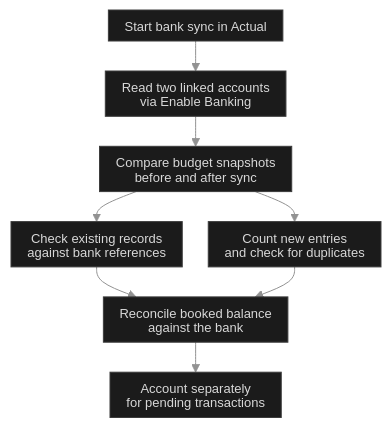
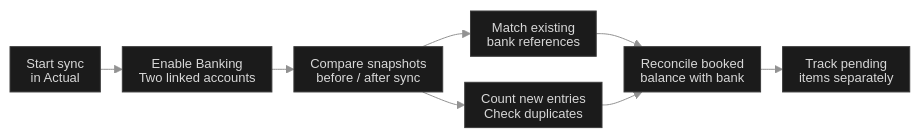
One commit to kazuall/finance-process-portfolio changed the diagram in diagrams/bank-imports.mmd. Above: the diagram before and after it, drawn with Mermaid. The commit also changed 35 other files, not shown here.

```diff
--- a/diagrams/bank-imports.mmd
+++ b/diagrams/bank-imports.mmd
@@ -1,36 +1,36 @@
 ---
 config:
   theme: base
   htmlLabels: false
   themeVariables:
     darkMode: true
     background: '#0a0a0a'
     fontFamily: 'Inter, -apple-system, BlinkMacSystemFont, Segoe UI, sans-serif'
     fontSize: '13px'
     primaryColor: '#1b1b1b'
     primaryTextColor: '#d8d8d8'
     primaryBorderColor: '#3c3c3c'
     lineColor: '#929292'
     edgeLabelBackground: '#0a0a0a'
     textColor: '#d8d8d8'
   flowchart:
     htmlLabels: false
     useMaxWidth: false
     nodeSpacing: 26
-    rankSpacing: 30
+    rankSpacing: 22
     wrappingWidth: 240
     padding: 8
     diagramPadding: 5
     curve: basis
   themeCSS: 'text,tspan{font-family:system-ui,sans-serif!important;font-weight:400!important}.node rect.label-container{rx:3px;ry:3px}.node rect,.node polygon,.flowchart-link{stroke-width:.85px!important}.edgeLabel .labelBkg{fill:#0a0a0a!important;opacity:1!important}.edgeLabel text{fill:#bebebe!important}'
 ---
-flowchart TB
+flowchart LR
   accTitle: Bank sync and reconciliation
   accDescr: Actual Budget reads two linked accounts through Enable Banking. I compare budget snapshots to check matched and new entries, then reconcile the booked balance separately from pending amounts.
-  start["Start bank sync in Actual"] --> feed["Read two linked accounts<br/>via Enable Banking"]
-  feed --> audit["Compare budget snapshots<br/>before and after sync"]
-  audit --> existing["Check existing records<br/>against bank references"]
-  audit --> added["Count new entries<br/>and check for duplicates"]
-  existing --> balance["Reconcile booked balance<br/>against the bank"]
+  start["Start sync<br/>in Actual"] --> feed["Enable Banking<br/>Two linked accounts"]
+  feed --> audit["Compare snapshots<br/>before / after sync"]
+  audit --> existing["Match existing<br/>bank references"]
+  audit --> added["Count new entries<br/>Check duplicates"]
+  existing --> balance["Reconcile booked<br/>balance with bank"]
   added --> balance
-  balance --> pending["Account separately<br/>for pending transactions"]
+  balance --> pending["Track pending<br/>items separately"]
```
